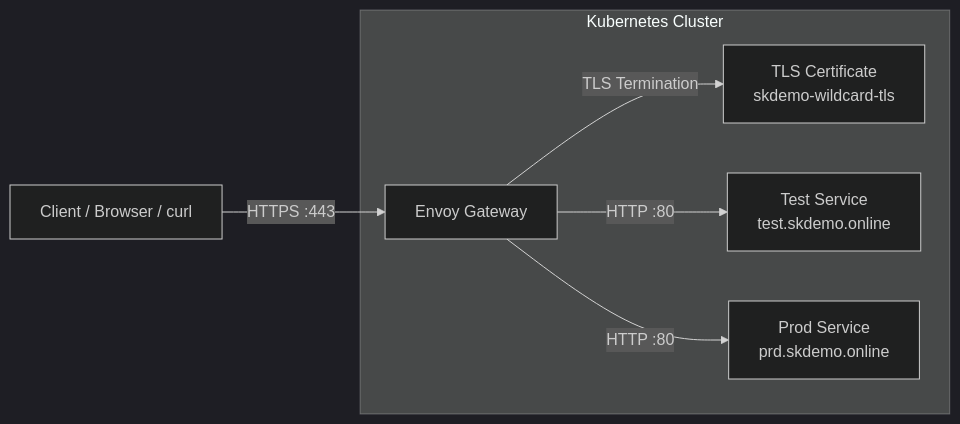
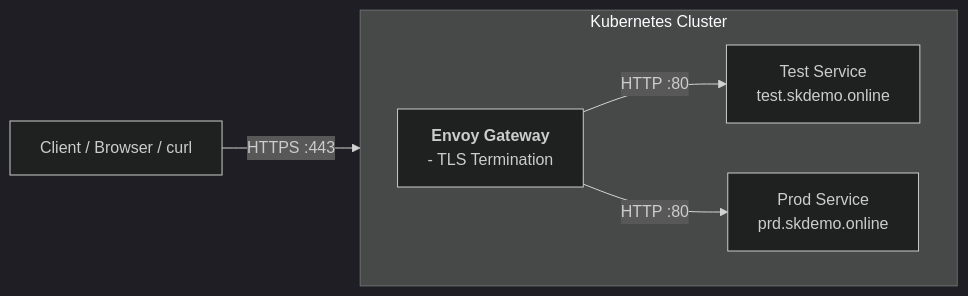
The diagram in envoy-gateway/tls-certificate.md (shaban-khan/aks-ns-poc), drawn with Mermaid (dark theme) before and after one commit. The commit also changed 6 other files, not shown here.

````diff
--- a/envoy-gateway/tls-certificate.md
+++ b/envoy-gateway/tls-certificate.md
@@ -16,16 +16,14 @@
 ```mermaid
 flowchart LR
-    User[Client / Browser / curl] -->|HTTPS :443| GW[Envoy Gateway]
-
-    GW -->|TLS Termination| TLS[TLS Certificate\nskdemo-wildcard-tls]
+    User[Client / Browser / curl] -->|HTTPS :443| GW[<b>Envoy Gateway</b><br/>- TLS Termination]
 
     GW -->|HTTP :80| SVC1[Test Service\ntest.skdemo.online]
     GW -->|HTTP :80| SVC2[Prod Service\nprd.skdemo.online]
 
     subgraph Kubernetes Cluster
+        direction LR
         GW
-        TLS
         SVC1
         SVC2
     end
 ```
````
